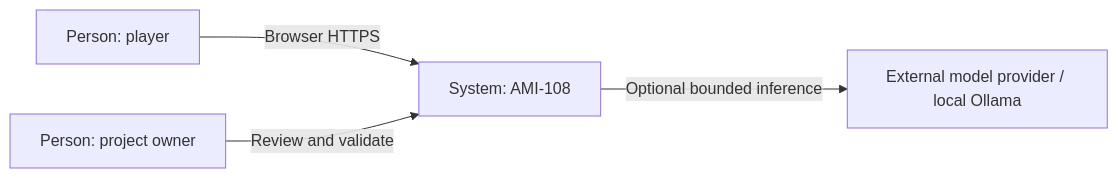
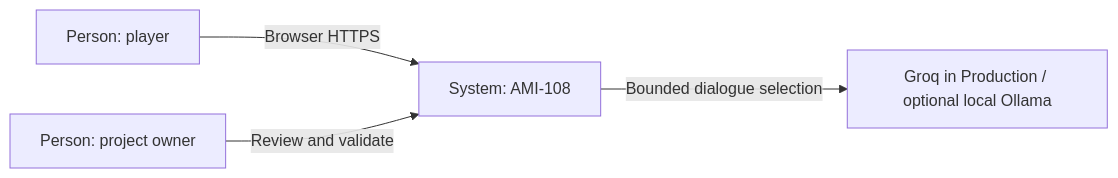
One commit to AlexandroLeao/ami-108 changed the first of 5 diagrams in docs/architecture/system-design.md. Above: the diagram before and after it, drawn with Mermaid. The commit also changed other lines of this file and 12 other files, not shown here.

````diff
--- a/docs/architecture/system-design.md
+++ b/docs/architecture/system-design.md
@@ -17,6 +17,6 @@
 ```mermaid
 flowchart LR
   Player["Person: player"] -->|Browser HTTPS| Game["System: AMI-108"]
   Owner["Person: project owner"] -->|Review and validate| Game
-  Game -->|Optional bounded inference| Provider["External model provider / local Ollama"]
+  Game -->|Bounded dialogue selection| Provider["Groq in Production / optional local Ollama"]
 ```
````
